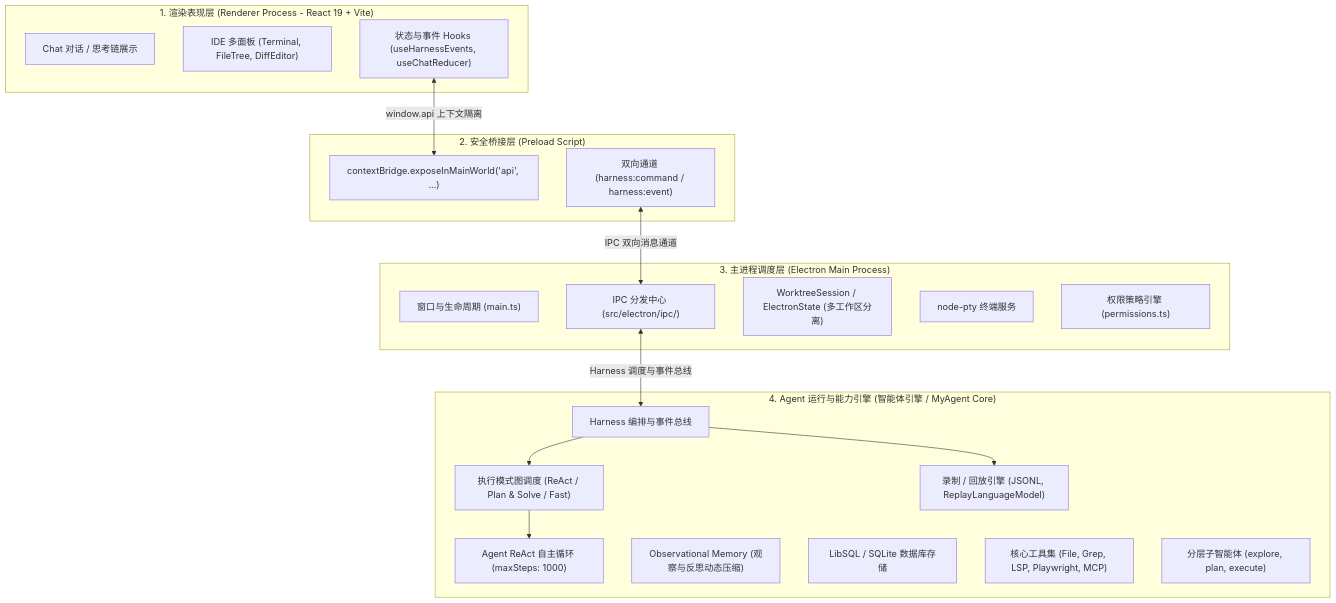
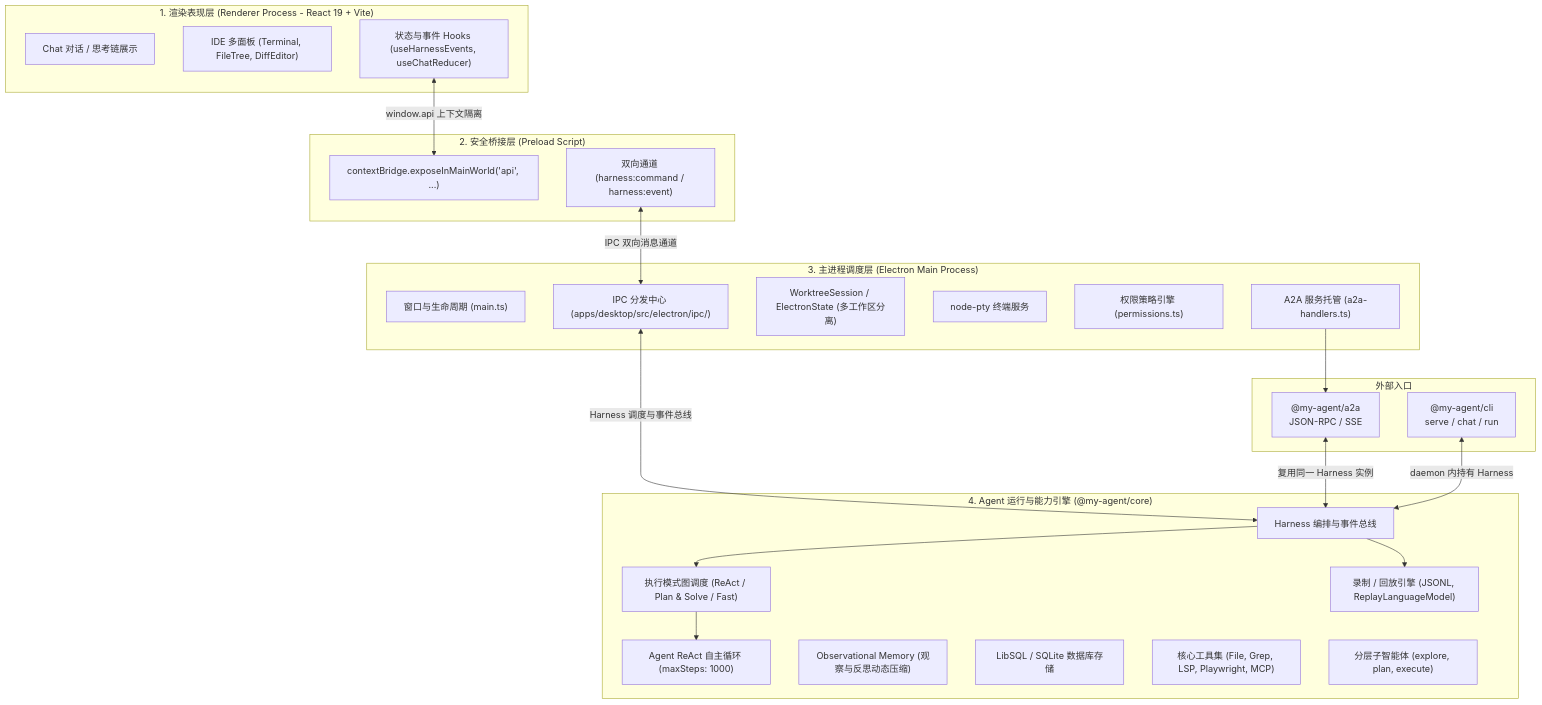
One commit to kidyfirst/my-agent changed the first of 7 diagrams in README.md. Above: the diagram before and after it, drawn with Mermaid. The commit also changed other lines of this file and 27 other files, not shown here.

````diff
--- a/README.md
+++ b/README.md
@@ -146,39 +159,48 @@
 ```mermaid
 flowchart TD
     subgraph UI ["1. 渲染表现层 (Renderer Process - React 19 + Vite)"]
         ChatView["Chat 对话 / 思考链展示"]
         Panels["IDE 多面板 (Terminal, FileTree, DiffEditor)"]
         Hooks["状态与事件 Hooks (useHarnessEvents, useChatReducer)"]
     end
 
     subgraph Bridge ["2. 安全桥接层 (Preload Script)"]
         ContextBridge["contextBridge.exposeInMainWorld('api', ...)"]
         IPCTunnel["双向通道 (harness:command / harness:event)"]
     end
 
     subgraph Main ["3. 主进程调度层 (Electron Main Process)"]
         WindowMgr["窗口与生命周期 (main.ts)"]
-        IPCRegistry["IPC 分发中心 (src/electron/ipc/)"]
+        IPCRegistry["IPC 分发中心 (apps/desktop/src/electron/ipc/)"]
         SessionMgr["WorktreeSession / ElectronState (多工作区分离)"]
         PtyService["node-pty 终端服务"]
         PermService["权限策略引擎 (permissions.ts)"]
+        A2AService["A2A 服务托管 (a2a-handlers.ts)"]
     end
 
-    subgraph AgentRuntime ["4. Agent 运行与能力引擎 (智能体引擎 / MyAgent Core)"]
+    subgraph AgentRuntime ["4. Agent 运行与能力引擎 (@my-agent/core)"]
         Harness["Harness 编排与事件总线"]
         ModeGraph["执行模式图调度 (ReAct / Plan & Solve / Fast)"]
         ReActLoop["Agent ReAct 自主循环 (maxSteps: 1000)"]
         MemoryOM["Observational Memory (观察与反思动态压缩)"]
         StorageEngine["LibSQL / SQLite 数据库存储"]
         ToolRegistry["核心工具集 (File, Grep, LSP, Playwright, MCP)"]
         SubagentEngine["分层子智能体 (explore, plan, execute)"]
         Recorder["录制 / 回放引擎 (JSONL, ReplayLanguageModel)"]
     end
 
+    subgraph External ["外部入口"]
+        A2A["@my-agent/a2a<br/>JSON-RPC / SSE"]
+        CLI["@my-agent/cli<br/>serve / chat / run"]
+    end
+
     Hooks <--> |"window.api 上下文隔离"| ContextBridge
     IPCTunnel <--> |"IPC 双向消息通道"| IPCRegistry
     IPCRegistry <--> |"Harness 调度与事件总线"| Harness
+    A2AService --> A2A
+    A2A <--> |"复用同一 Harness 实例"| Harness
+    CLI <--> |"daemon 内持有 Harness"| Harness
     Harness --> ModeGraph
     ModeGraph --> ReActLoop
     Harness --> Recorder
 ```
````
